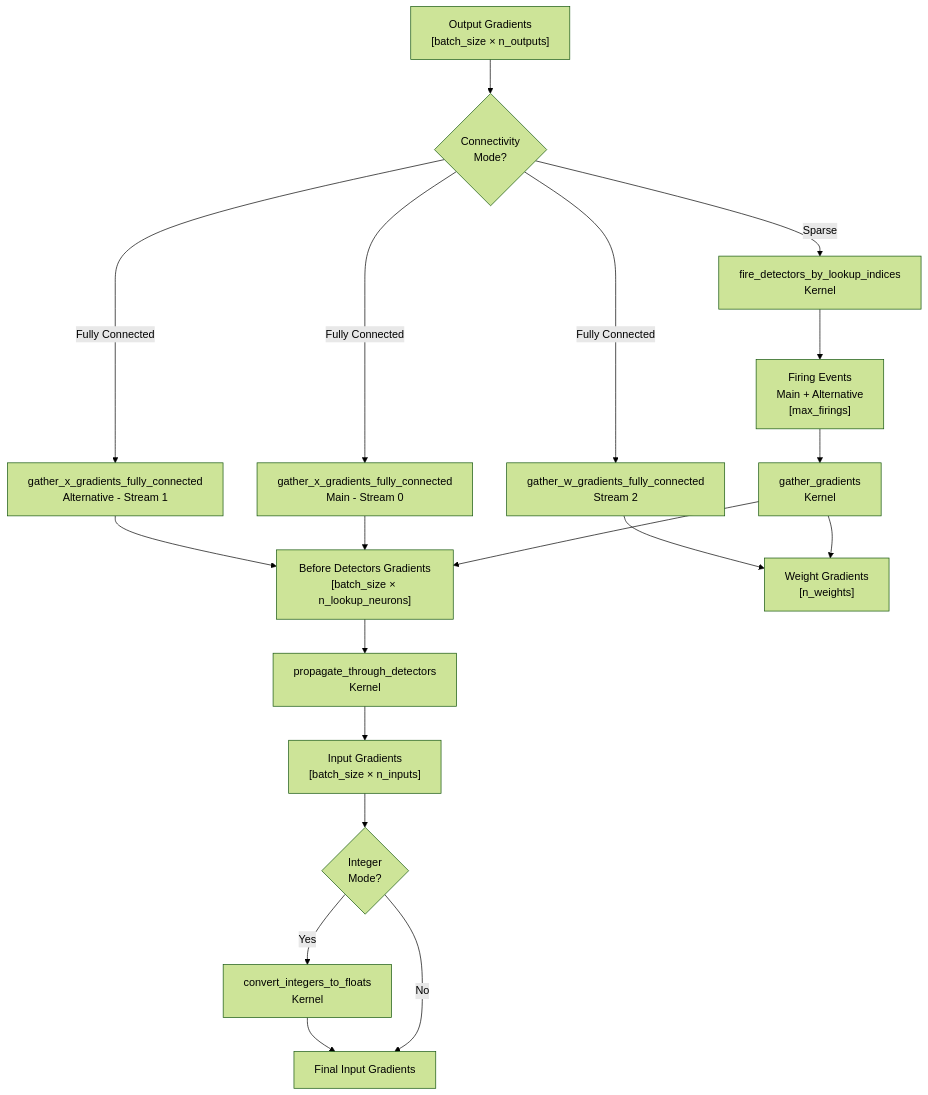
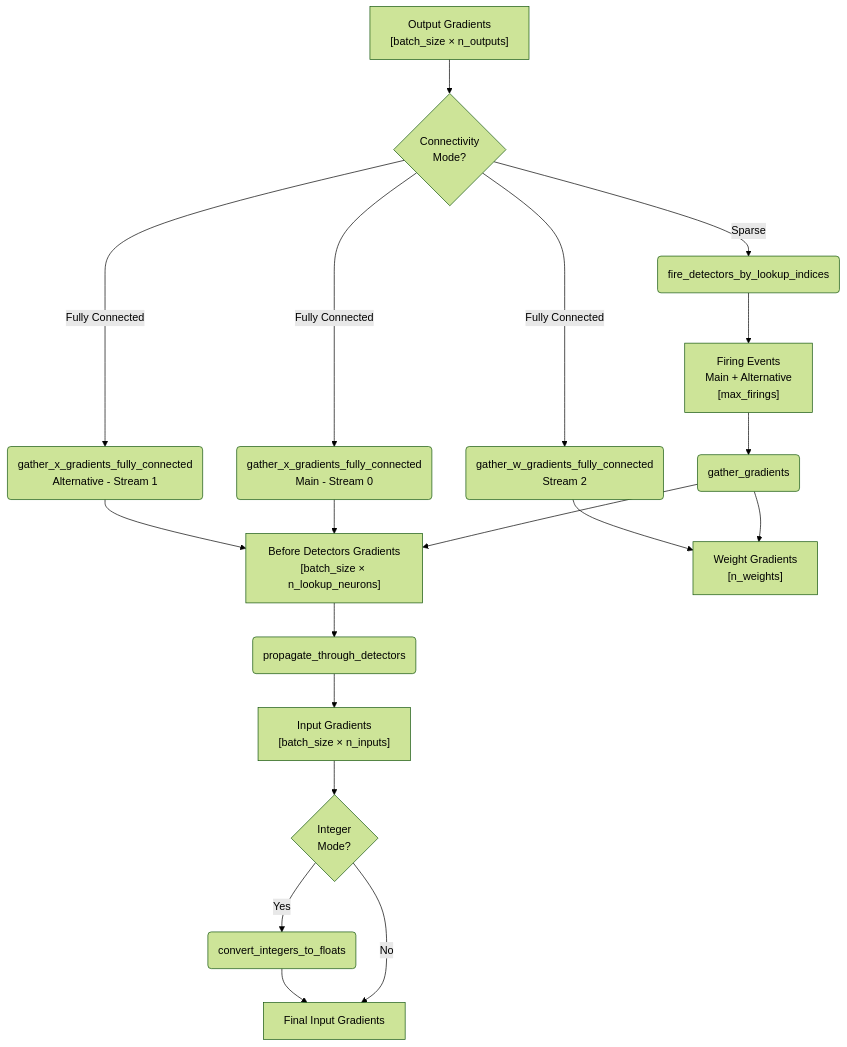
The second of 5 diagrams in spiky_cuda/lut/doc/LUT_RUNTIME_DATA_FLOW.md (anatoli-starostin/spiky), drawn with Mermaid (forest theme) before and after one commit. The commit also changed other lines of this file, not shown here.

````diff
--- a/spiky_cuda/lut/doc/LUT_RUNTIME_DATA_FLOW.md
+++ b/spiky_cuda/lut/doc/LUT_RUNTIME_DATA_FLOW.md
@@ -35,27 +35,27 @@
 ```mermaid
 flowchart TD
     A["Output Gradients<br/>[batch_size × n_outputs]"] --> B{Connectivity<br/>Mode?}
     
-    B -->|Sparse| C[fire_detectors_by_lookup_indices<br/>Kernel]
+    B -->|Sparse| C(fire_detectors_by_lookup_indices)
     C --> D["Firing Events<br/>Main + Alternative<br/>[max_firings]"]
-    D --> E[gather_gradients<br/>Kernel]
+    D --> E(gather_gradients)
     
-    B -->|Fully Connected| F[gather_x_gradients_fully_connected<br/>Main - Stream 0]
-    B -->|Fully Connected| G[gather_x_gradients_fully_connected<br/>Alternative - Stream 1]
-    B -->|Fully Connected| H[gather_w_gradients_fully_connected<br/>Stream 2]
+    B -->|Fully Connected| F("gather_x_gradients_fully_connected<br/>Main - Stream 0")
+    B -->|Fully Connected| G("gather_x_gradients_fully_connected<br/>Alternative - Stream 1")
+    B -->|Fully Connected| H("gather_w_gradients_fully_connected<br/>Stream 2")
     
     E --> I["Before Detectors Gradients<br/>[batch_size × n_lookup_neurons]"]
     E --> J["Weight Gradients<br/>[n_weights]"]
     
     F --> I
     G --> I
     H --> J
     
-    I --> K[propagate_through_detectors<br/>Kernel]
+    I --> K(propagate_through_detectors)
     K --> L["Input Gradients<br/>[batch_size × n_inputs]"]
     
     L --> M{Integer<br/>Mode?}
-    M -->|Yes| N[convert_integers_to_floats<br/>Kernel]
+    M -->|Yes| N(convert_integers_to_floats)
     M -->|No| O[Final Input Gradients]
     N --> O
 ```
````
